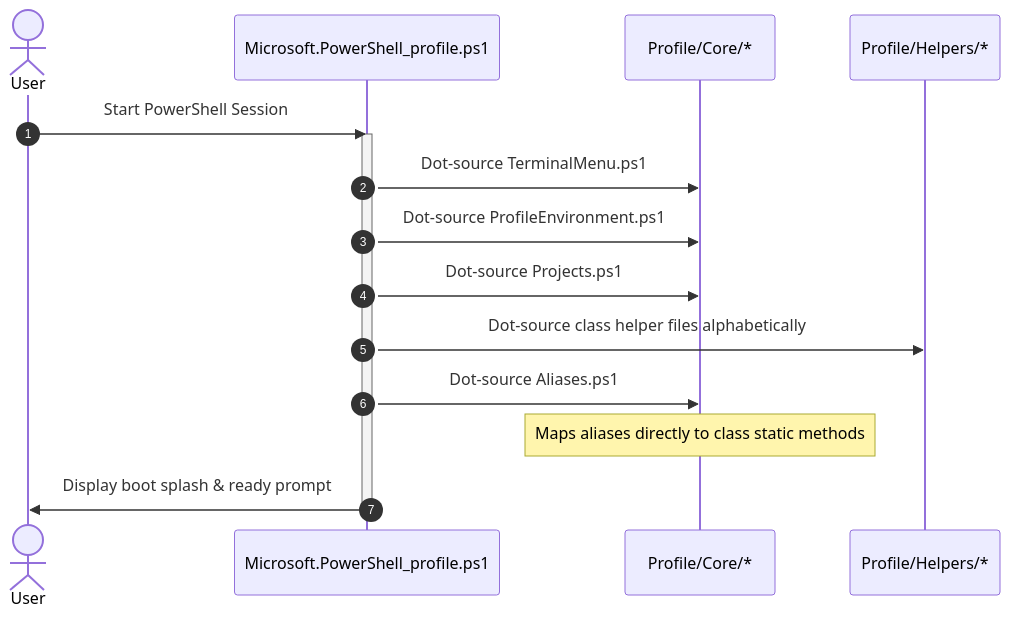
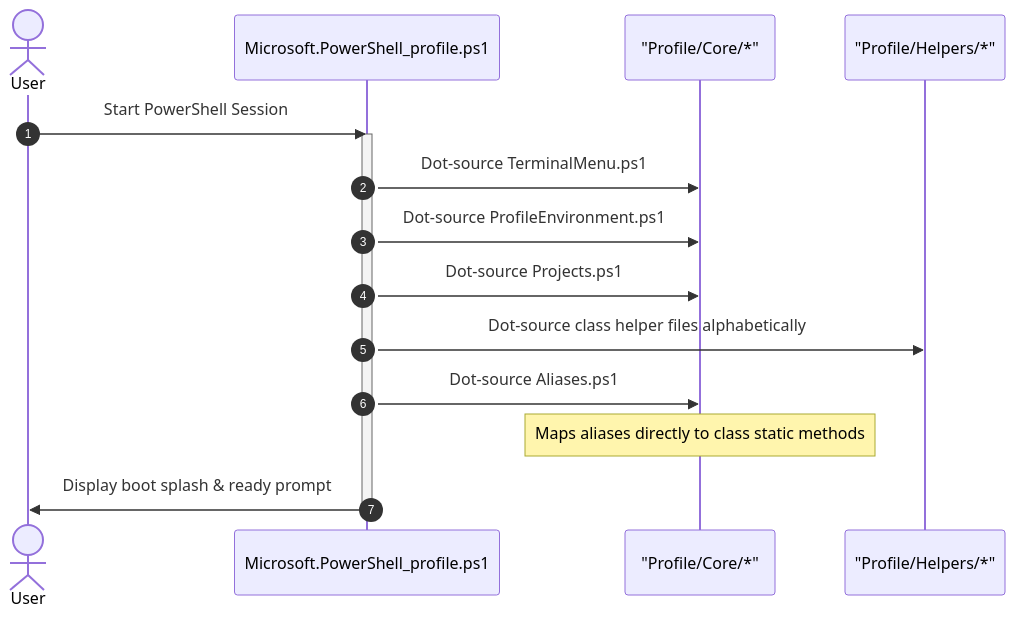
One commit to nhonvo/Powershell changed the first of 2 diagrams in README.md. Above: the diagram before and after it, drawn with Mermaid. The commit also changed other lines of this file and 10 other files, not shown here.

````diff
--- a/README.md
+++ b/README.md
@@ -50,19 +50,19 @@
 ```mermaid
 sequenceDiagram
     autonumber
     actor User
     participant Profile as Microsoft.PowerShell_profile.ps1
-    participant Core as Profile/Core/*
-    participant Helpers as Profile/Helpers/*
+    participant Core as "Profile/Core/*"
+    participant Helpers as "Profile/Helpers/*"
     
     User->>Profile: Start PowerShell Session
     activate Profile
     Profile->>Core: Dot-source TerminalMenu.ps1
     Profile->>Core: Dot-source ProfileEnvironment.ps1
     Profile->>Core: Dot-source Projects.ps1
     Profile->>Helpers: Dot-source class helper files alphabetically
     Profile->>Core: Dot-source Aliases.ps1
     Note over Core: Maps aliases directly to class static methods
     Profile->>User: Display boot splash & ready prompt
     deactivate Profile
 ```
````
